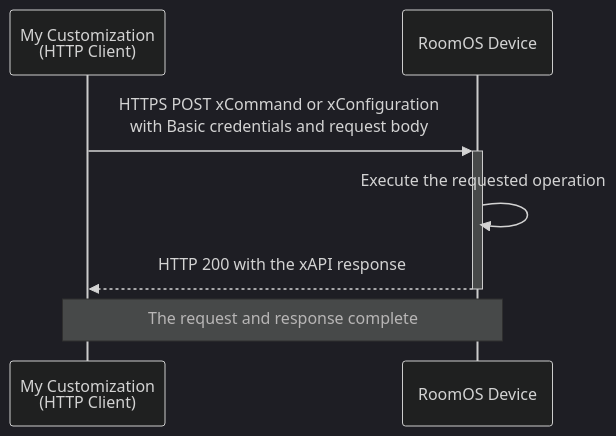
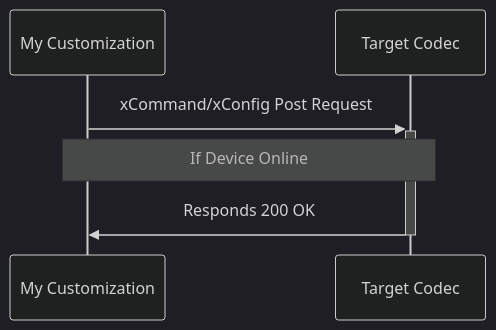
The second of 7 diagrams in docs/Main-Lab/RoomOS/rxp_xapi/rxp_xapi_cloud.md (WebexCC-SA/LAB-1451), drawn with Mermaid before and after one commit. The commit also changed other lines of this file and 2 other files, not shown here.

Commit message:
Restore original HTTP communication model

````diff
--- a/docs/Main-Lab/RoomOS/rxp_xapi/rxp_xapi_cloud.md
+++ b/docs/Main-Lab/RoomOS/rxp_xapi/rxp_xapi_cloud.md
@@ -36,10 +34,9 @@
                 ``` mermaid
                 %%{init: {'theme':'dark'}}%%
                 sequenceDiagram
-                  participant Client as My Customization<br>(HTTP Client)
-                  participant Device as RoomOS Device
-                  Client->>+Device: HTTPS POST xCommand or xConfiguration<br>with Basic credentials and request body
-                  Device->>Device: Execute the requested operation
-                  Device-->>-Client: HTTP 200 with the xAPI response
-                  Note over Client,Device: The request and response complete
+                  participant My Customization
+                  participant Target Codec
+                  My Customization->>+Target Codec: xCommand/xConfig Post Request
+                  Note over My Customization,Target Codec: If Device Online
+                  Target Codec->>- My Customization: Responds 200 OK
                 ```
````
